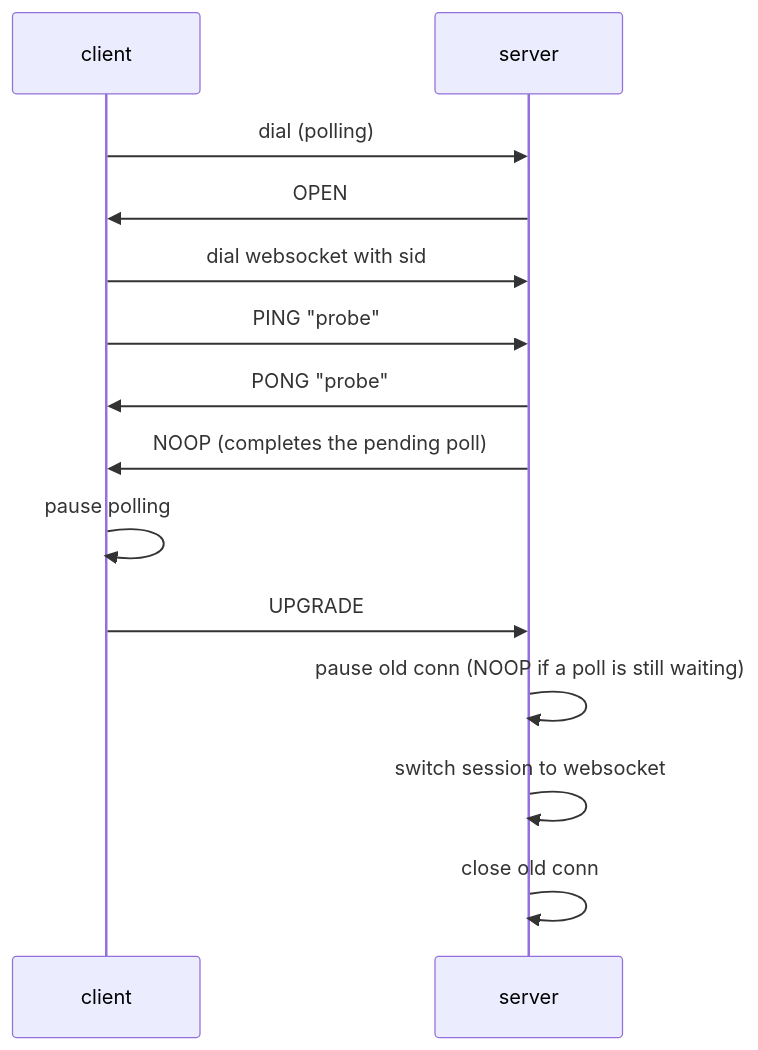
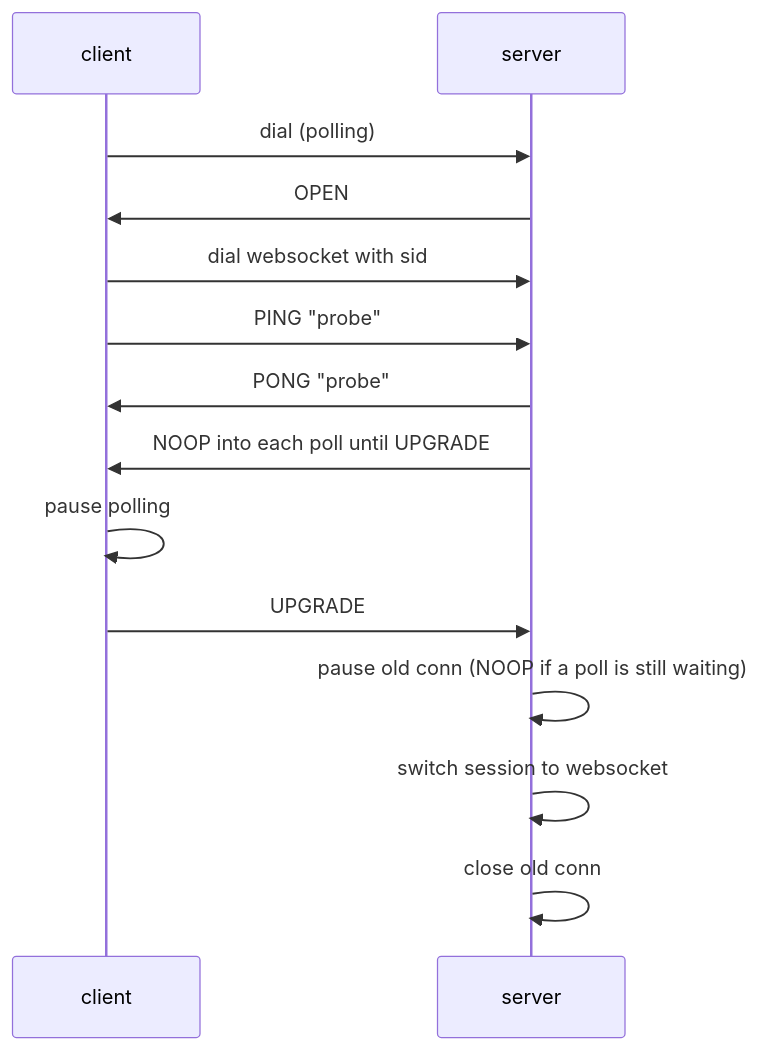
The diagram in docs/V2_PROTOCOL.md (sshaplygin/go-socket.io), drawn with Mermaid before and after one commit. The commit also changed other lines of this file and 3 other files, not shown here.

````diff
--- a/docs/V2_PROTOCOL.md
+++ b/docs/V2_PROTOCOL.md
@@ -67,14 +67,14 @@
 ```mermaid
 sequenceDiagram
 client->>server: dial (polling)
 server->>client: OPEN
 client->>server: dial websocket with sid
 client->>server: PING "probe"
 server->>client: PONG "probe"
-server->>client: NOOP (completes the pending poll)
+server->>client: NOOP into each poll until UPGRADE
 client->>client: pause polling
 client->>server: UPGRADE
 server->>server: pause old conn (NOOP if a poll is still waiting)
 server->>server: switch session to websocket
 server->>server: close old conn
 ```
````
